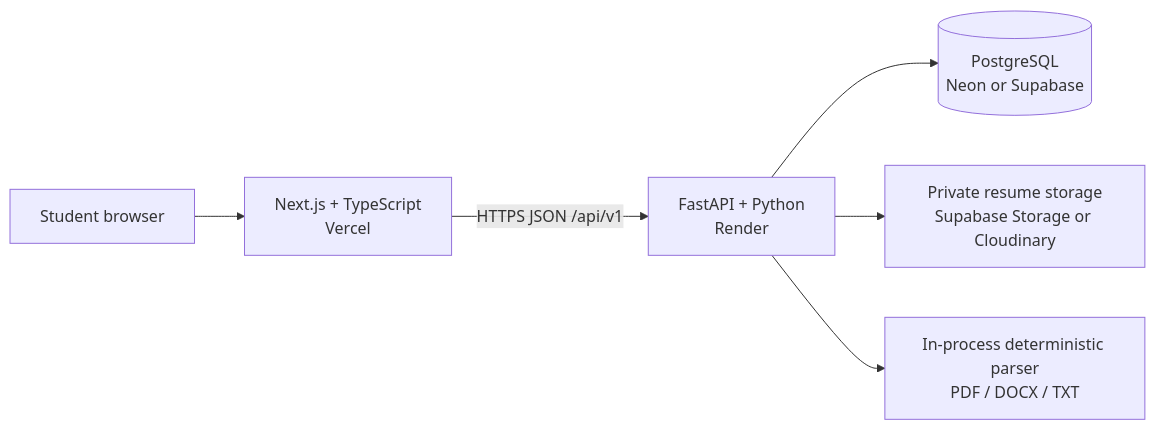
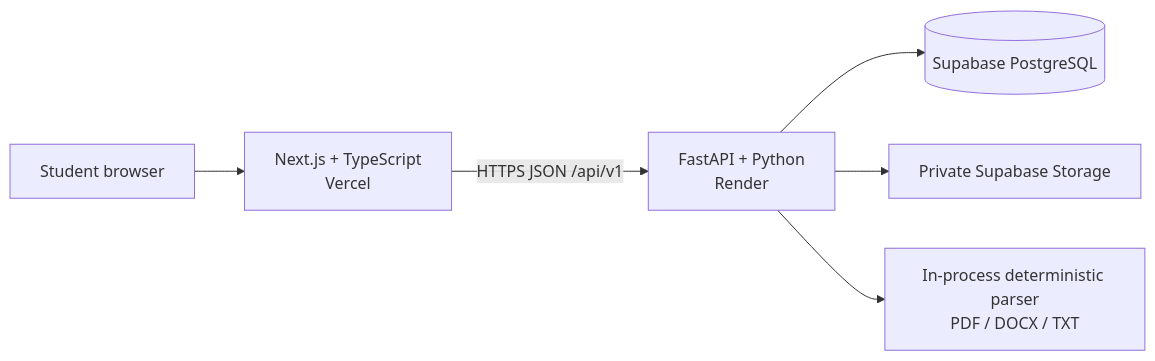
The diagram in documentation/shared/ARCHITECTURE.md (Sarthak-madan334/PlacementOS), drawn with Mermaid before and after one commit. The commit also changed other lines of this file and 8 other files, not shown here.

````diff
--- a/documentation/shared/ARCHITECTURE.md
+++ b/documentation/shared/ARCHITECTURE.md
@@ -5,8 +5,8 @@
 ```mermaid
 flowchart LR
   Student[Student browser] --> Web[Next.js + TypeScript<br/>Vercel]
   Web -->|HTTPS JSON /api/v1| API[FastAPI + Python<br/>Render]
-  API --> DB[(PostgreSQL<br/>Neon or Supabase)]
-  API --> Store[Private resume storage<br/>Supabase Storage or Cloudinary]
+  API --> DB[(Supabase PostgreSQL)]
+  API --> Store[Private Supabase Storage]
   API --> Parser[In-process deterministic parser<br/>PDF / DOCX / TXT]
 ```
````
